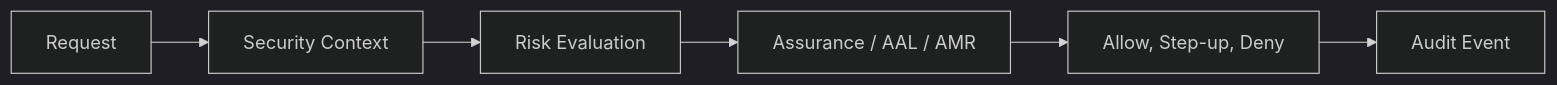
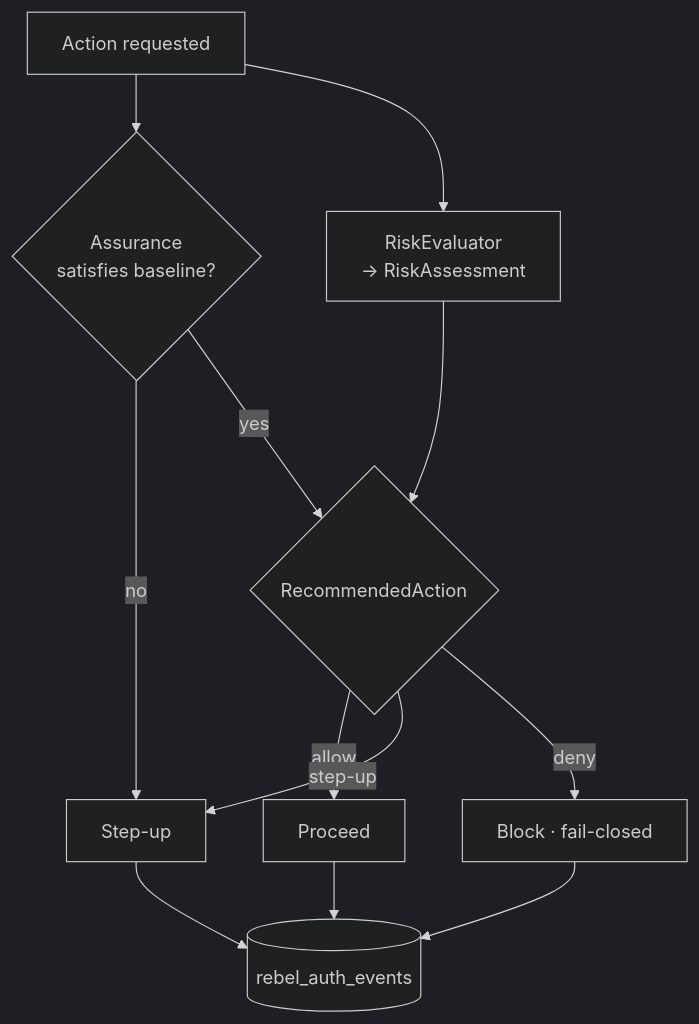
The diagram in docs-site/docs/concepts/risk-model.md (padosoft/laravel-rebel-core), drawn with Mermaid (dark theme) before and after one commit. The commit also changed other lines of this file and 56 other files, not shown here.

````diff
--- a/docs-site/docs/concepts/risk-model.md
+++ b/docs-site/docs/concepts/risk-model.md
@@ -17,8 +55,14 @@
 ```mermaid
-flowchart LR
-  Request[Request] --> Context[Security Context]
-  Context --> Risk[Risk Evaluation]
-  Risk --> Assurance[Assurance / AAL / AMR]
-  Assurance --> Decision[Allow, Step-up, Deny]
-  Decision --> Audit[Audit Event]
+flowchart TD
+  Req[Action requested] --> Asr{Assurance\nsatisfies baseline?}
+  Req --> Risk[RiskEvaluator\n→ RiskAssessment]
+  Risk --> Act{RecommendedAction}
+  Asr -->|no| Step[Step-up]
+  Asr -->|yes| Act
+  Act -->|allow| Go[Proceed]
+  Act -->|step-up| Step
+  Act -->|deny| Block[Block · fail-closed]
+  Go --> Audit[(rebel_auth_events)]
+  Step --> Audit
+  Block --> Audit
 ```
````
